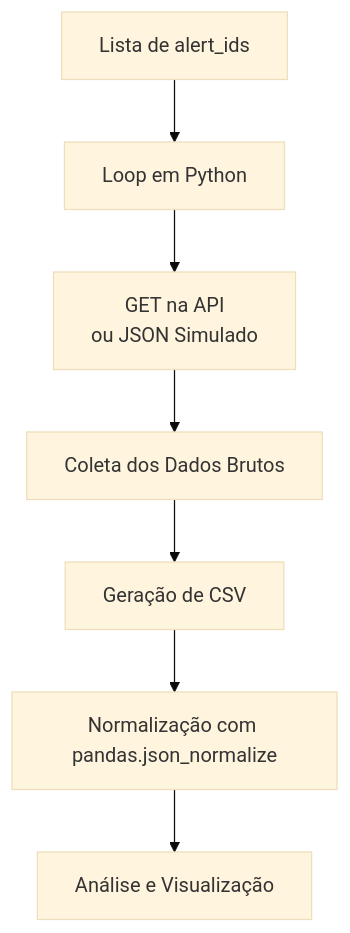
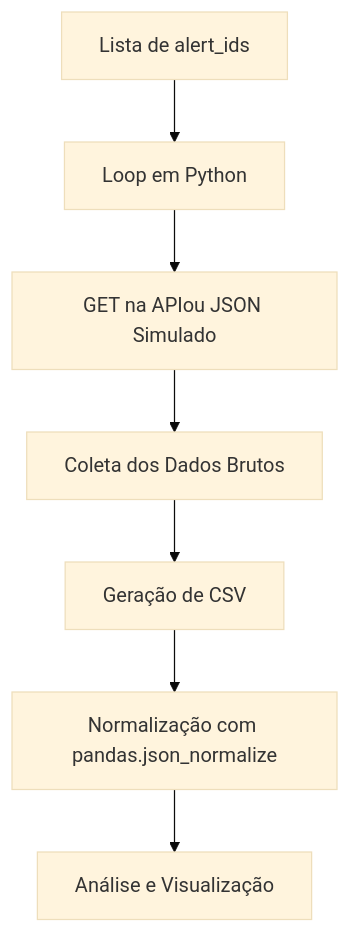
The first of 3 diagrams in README.md (lmartins30/meli_challenge), drawn with Mermaid (base theme) before and after one commit. The commit also changed other lines of this file, not shown here.

````diff
--- a/README.md
+++ b/README.md
@@ -7,9 +7,9 @@
 ```mermaid
 flowchart TD
     A[Lista de alert_ids] --> B[Loop em Python]
-    B --> C[GET na API<br>ou JSON Simulado]
+    B --> C[GET na APIou JSON Simulado]
     C --> D[Coleta dos Dados Brutos]
     D --> E[Geração de CSV]
     E --> F[Normalização com pandas.json_normalize]
     F --> G[Análise e Visualização]
 ```
````
